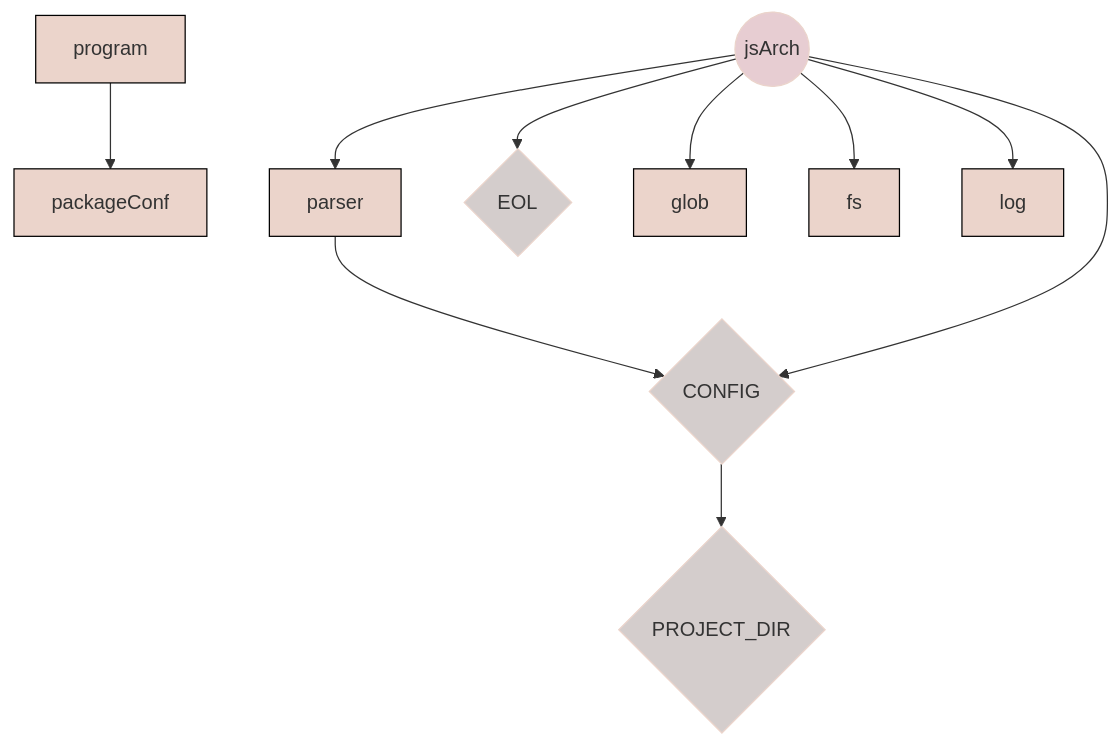
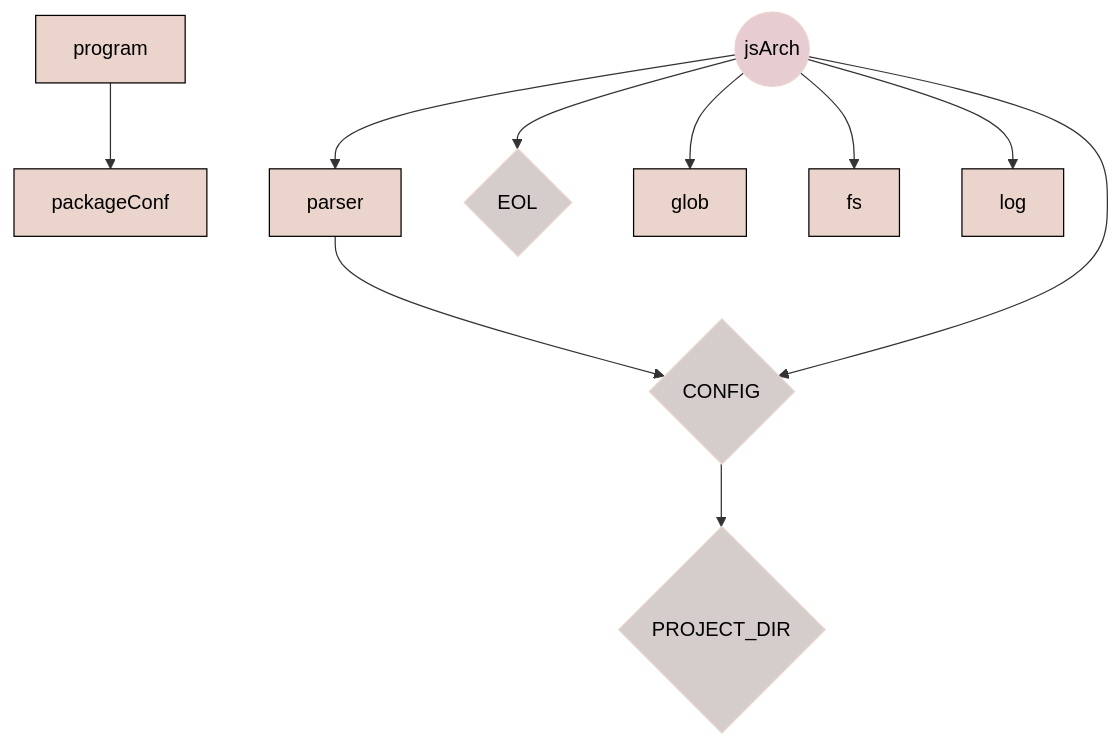
The diagram in DEPENDENCIES.mmd (nfroidure/jsarch), drawn with Mermaid before and after one commit. The commit also changed 9 other files, not shown here.

```diff
--- a/DEPENDENCIES.mmd
+++ b/DEPENDENCIES.mmd
@@ -1,23 +1,23 @@
 graph TD
   program-->packageConf
   parser-->CONFIG{CONFIG}
   CONFIG{CONFIG}-->PROJECT_DIR{PROJECT_DIR}
   jsArch((jsArch))-->CONFIG{CONFIG}
   jsArch((jsArch))-->EOL{EOL}
   jsArch((jsArch))-->glob
   jsArch((jsArch))-->fs
   jsArch((jsArch))-->parser
   jsArch((jsArch))-->log
-  classDef jsarch fill:#e7cdd2,stroke:#ebd4cb,stroke-width:1px;
-  classDef config fill:#d4cdcc,stroke:#ebd4cb,stroke-width:1px;
-  classDef others fill:#ebd4cb,stroke:#000,stroke-width:1px;
+  classDef jsarch fill:#e7cdd2,stroke:#ebd4cb,stroke-width:1px,color:#000;
+  classDef config fill:#d4cdcc,stroke:#ebd4cb,stroke-width:1px,color:#000;
+  classDef others fill:#ebd4cb,stroke:#000,stroke-width:1px,color:#000;
   class program others;
   class packageConf others;
   class CONFIG config;
   class parser others;
   class PROJECT_DIR config;
   class jsArch jsarch;
   class EOL config;
   class glob others;
   class fs others;
   class log others;
```
